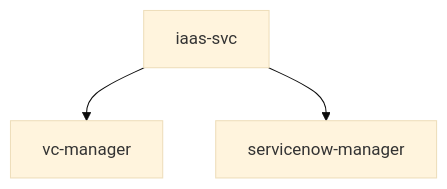
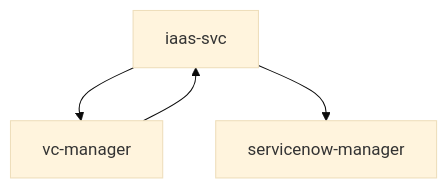
Before and after one commit to jorgegithub/dotfiles: the diagram in README.md, drawn with Mermaid (base theme).

````diff
--- a/README.md
+++ b/README.md
@@ -1,5 +1,6 @@
 ```mermaid
 graph TD;
     iaas-svc-->vc-manager;
     iaas-svc-->servicenow-manager;
+    vc-manager-->iaas-svc;
 ```
````
